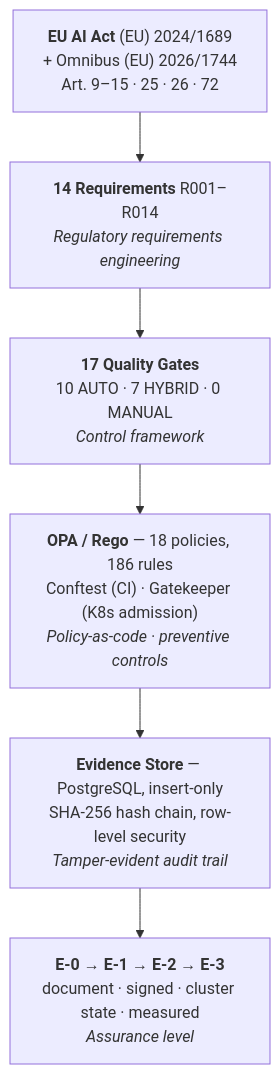
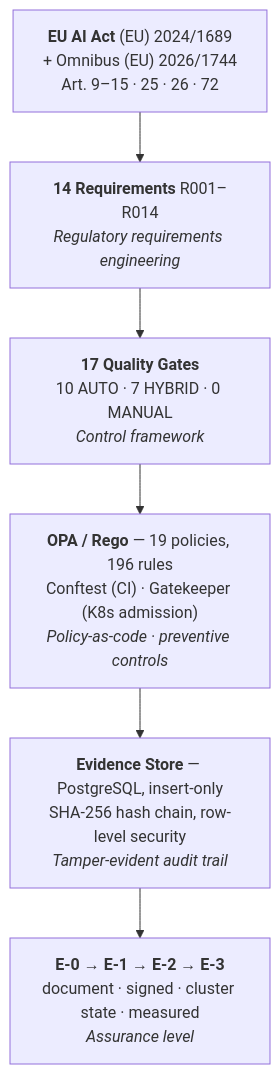
Before and after one commit to MustDemir/genaiops-compliance-gates: the first of 2 diagrams in README.md, drawn with Mermaid. The commit also changed other lines of this file, not shown here.

````diff
--- a/README.md
+++ b/README.md
@@ -27,10 +27,10 @@
 ```mermaid
 flowchart TB
     A["<b>EU AI Act</b> (EU) 2024/1689<br/>+ Omnibus (EU) 2026/1744<br/>Art. 9–15 · 25 · 26 · 72"]
     B["<b>14 Requirements</b> R001–R014<br/><i>Regulatory requirements engineering</i>"]
     C["<b>17 Quality Gates</b><br/>10 AUTO · 7 HYBRID · 0 MANUAL<br/><i>Control framework</i>"]
-    D["<b>OPA / Rego</b> — 18 policies, 186 rules<br/>Conftest (CI) · Gatekeeper (K8s admission)<br/><i>Policy-as-code · preventive controls</i>"]
+    D["<b>OPA / Rego</b> — 19 policies, 196 rules<br/>Conftest (CI) · Gatekeeper (K8s admission)<br/><i>Policy-as-code · preventive controls</i>"]
     E["<b>Evidence Store</b> — PostgreSQL, insert-only<br/>SHA-256 hash chain, row-level security<br/><i>Tamper-evident audit trail</i>"]
     F["<b>E-0 → E-1 → E-2 → E-3</b><br/>document · signed · cluster state · measured<br/><i>Assurance level</i>"]
     A --> B --> C --> D --> E --> F
 ```
````
